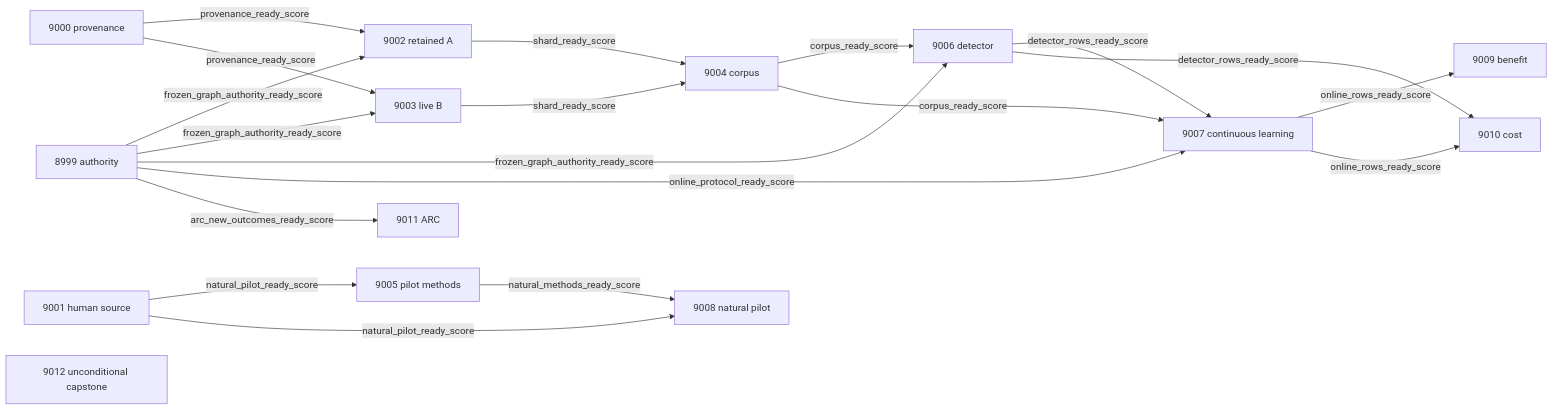
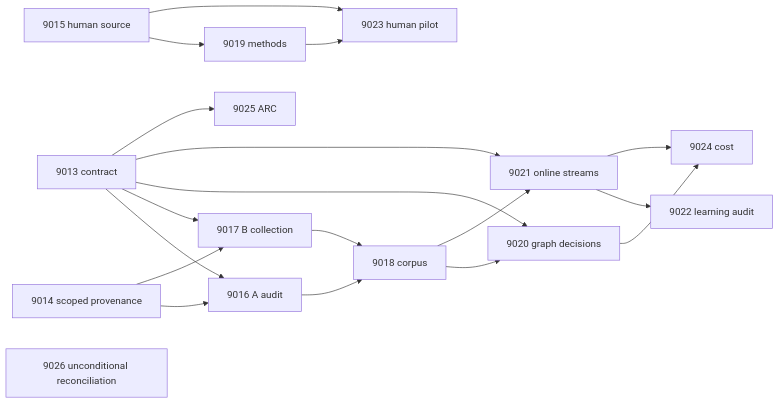
The second of 2 diagrams in openspec/change-proposals/research-roadmap-vNEXT.md (Carnot-EBM/carnot-ebm), drawn with Mermaid before and after one commit. The commit also changed other lines of this file and 17 other files, not shown here.

````diff
--- a/openspec/change-proposals/research-roadmap-vNEXT.md
+++ b/openspec/change-proposals/research-roadmap-vNEXT.md
@@ -281,22 +261,21 @@
 ```mermaid
 flowchart LR
-    E8999[8999 authority] -->|frozen_graph_authority_ready_score| E9002[9002 retained A]
-    E8999 -->|frozen_graph_authority_ready_score| E9003[9003 live B]
-    E9000[9000 provenance] -->|provenance_ready_score| E9002
-    E9000 -->|provenance_ready_score| E9003
-    E9002 -->|shard_ready_score| E9004[9004 corpus]
-    E9003 -->|shard_ready_score| E9004
-    E9004 -->|corpus_ready_score| E9006[9006 detector]
-    E8999 -->|frozen_graph_authority_ready_score| E9006
-    E9004 -->|corpus_ready_score| E9007[9007 continuous learning]
-    E9006 -->|detector_rows_ready_score| E9007
-    E8999 -->|online_protocol_ready_score| E9007
-    E9007 -->|online_rows_ready_score| E9009[9009 benefit]
-    E9007 -->|online_rows_ready_score| E9010[9010 cost]
-    E9006 -->|detector_rows_ready_score| E9010
-    E9001[9001 human source] -->|natural_pilot_ready_score| E9005[9005 pilot methods]
-    E9001 -->|natural_pilot_ready_score| E9008[9008 natural pilot]
-    E9005 -->|natural_methods_ready_score| E9008
-    E8999 -->|arc_new_outcomes_ready_score| E9011[9011 ARC]
-    E9012[9012 unconditional capstone]
+    T13[9013 contract] --> T16[9016 A audit]
+    T14[9014 scoped provenance] --> T16
+    T13 --> T17[9017 B collection]
+    T14 --> T17
+    T16 --> T18[9018 corpus]
+    T17 --> T18
+    T13 --> T20[9020 graph decisions]
+    T18 --> T20
+    T13 --> T21[9021 online streams]
+    T18 --> T21
+    T21 --> T22[9022 learning audit]
+    T15[9015 human source] --> T19[9019 methods]
+    T15 --> T23[9023 human pilot]
+    T19 --> T23
+    T20 --> T24[9024 cost]
+    T21 --> T24
+    T13 --> T25[9025 ARC]
+    T26[9026 unconditional reconciliation]
 ```
````
